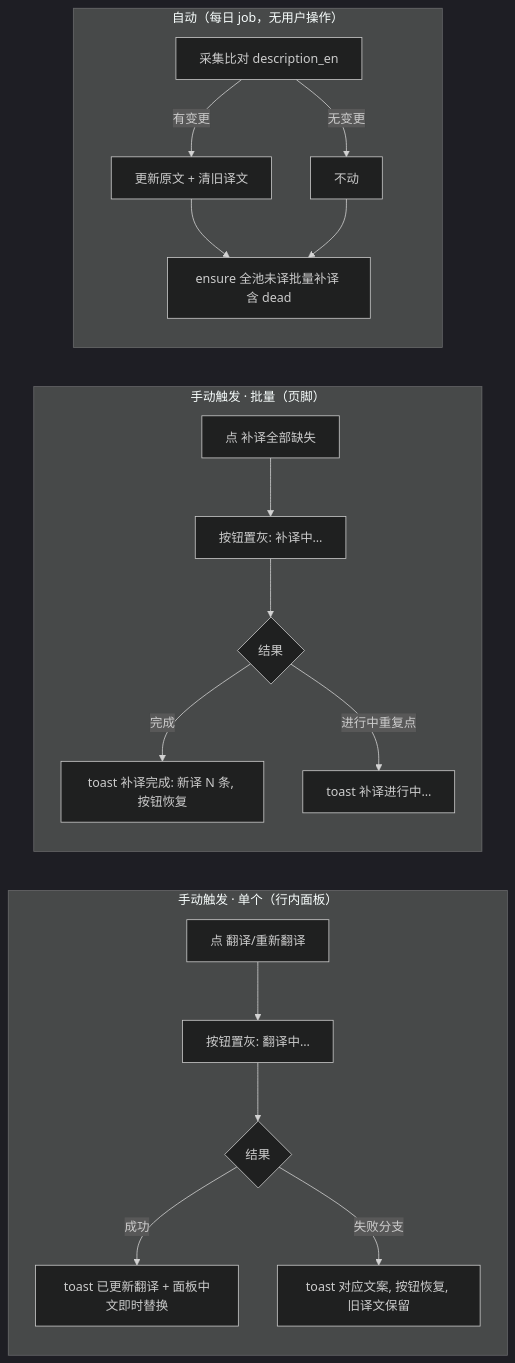
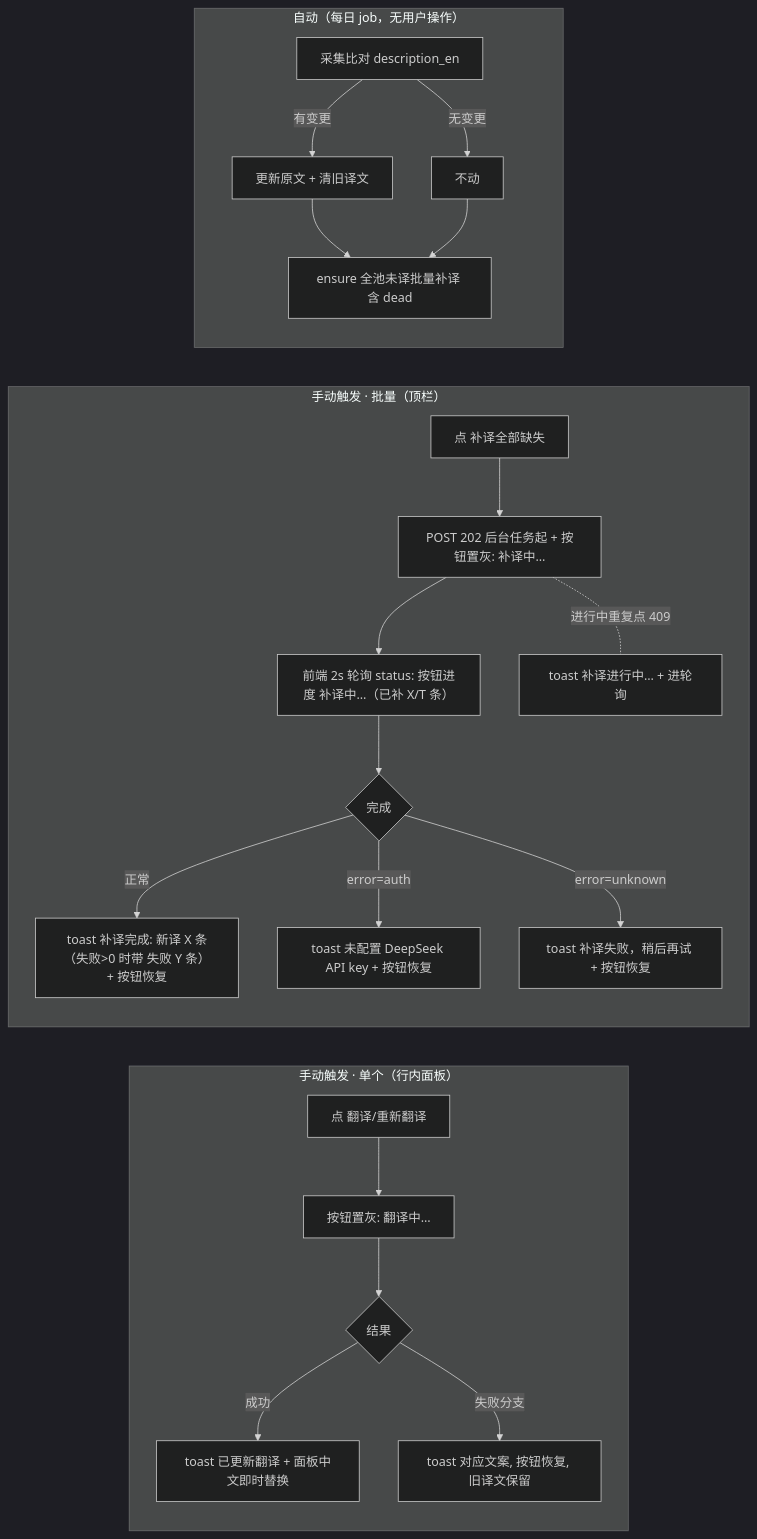
Before and after one commit to WENZIZZHENG/radar-github: the third of 3 diagrams in docs/sop/交互流程说明.md, drawn with Mermaid (dark theme). The commit also changed other lines of this file and 5 other files, not shown here.

````diff
--- a/docs/sop/交互流程说明.md
+++ b/docs/sop/交互流程说明.md
@@ -141,21 +142,24 @@
 ```mermaid
 flowchart LR
     subgraph 手动-单个["手动触发 · 单个（行内面板）"]
         A1[点 翻译/重新翻译] --> A2[按钮置灰: 翻译中…]
         A2 --> A3{结果}
         A3 -->|成功| A4[toast 已更新翻译 + 面板中文即时替换]
         A3 -->|失败分支| A5[toast 对应文案, 按钮恢复, 旧译文保留]
     end
-    subgraph 手动-批量["手动触发 · 批量（页脚）"]
-        B1[点 补译全部缺失] --> B2[按钮置灰: 补译中…]
-        B2 --> B3{结果}
-        B3 -->|完成| B4[toast 补译完成: 新译 N 条, 按钮恢复]
-        B3 -->|进行中重复点| B5[toast 补译进行中…]
+    subgraph 手动-批量["手动触发 · 批量（顶栏）"]
+        B1[点 补译全部缺失] --> B2[POST 202 后台任务起 + 按钮置灰: 补译中…]
+        B2 --> B3[前端 2s 轮询 status: 按钮进度 补译中…（已补 X/T 条）]
+        B3 --> B4{完成}
+        B4 -->|正常| B5[toast 补译完成: 新译 X 条（失败>0 时带 失败 Y 条）+ 按钮恢复]
+        B4 -->|error=auth| B6[toast 未配置 DeepSeek API key + 按钮恢复]
+        B4 -->|error=unknown| B7[toast 补译失败，稍后再试 + 按钮恢复]
+        B2 -.进行中重复点 409.- B8[toast 补译进行中… + 进轮询]
     end
     subgraph 自动["自动（每日 job，无用户操作）"]
         C1[采集比对 description_en] -->|有变更| C2[更新原文 + 清旧译文]
         C1 -->|无变更| C3[不动]
         C2 --> C4[ensure 全池未译批量补译 含 dead]
         C3 --> C4
     end
 ```
````
